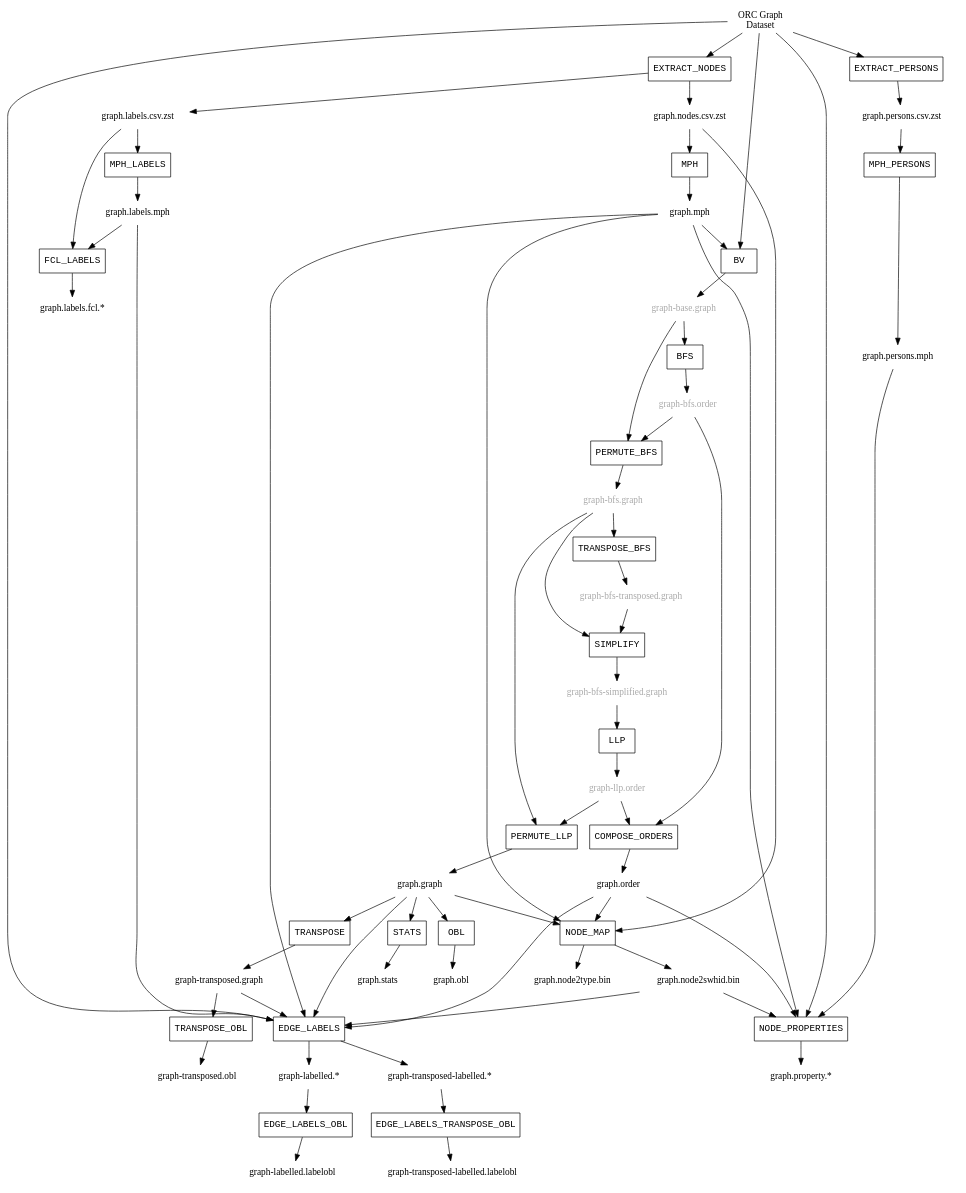
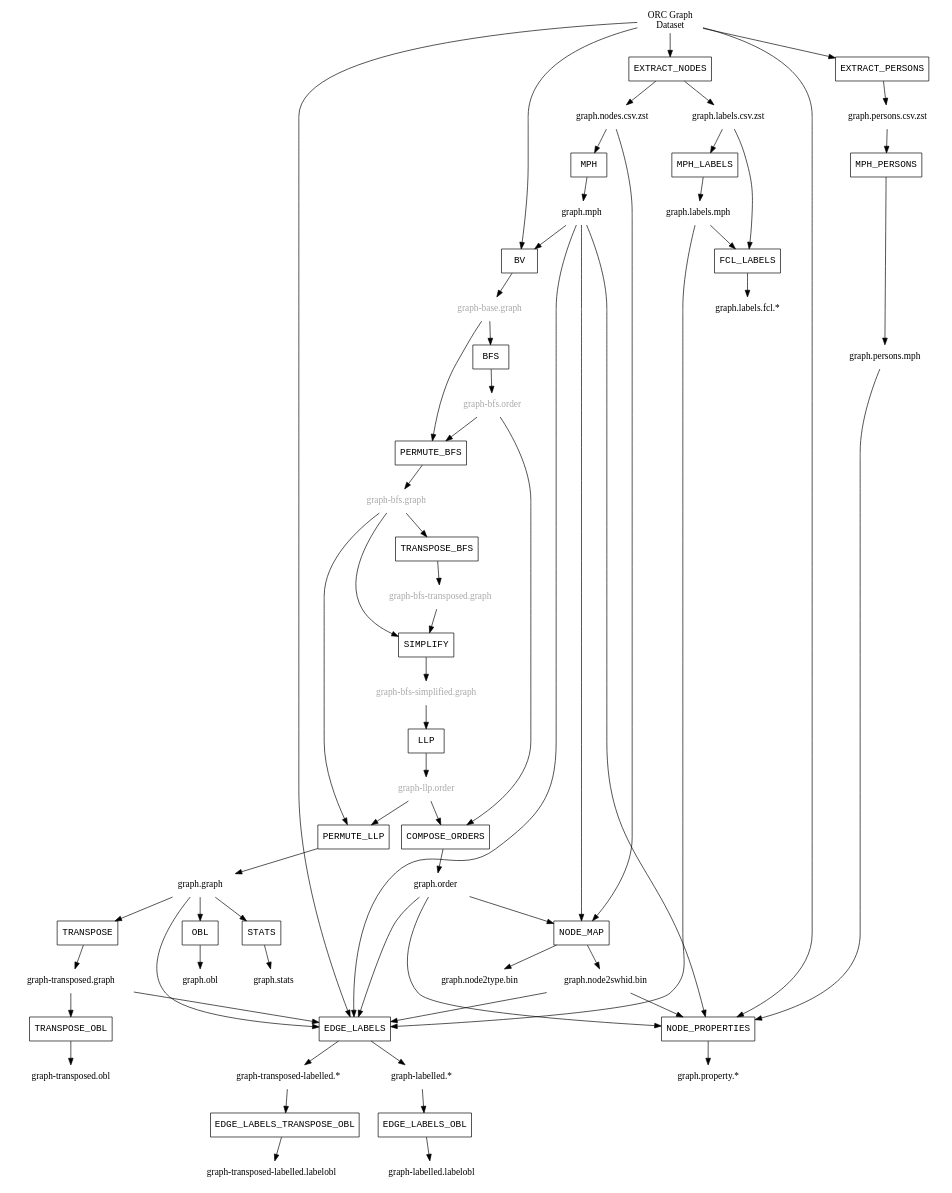
The diagram in docs/images/compression_steps.dot (SoftwareHeritage/swh-graph), drawn with Graphviz before and after one commit. The commit also changed 1 other file, not shown here.

Commit message:
luigi, docs: MAPS step does not depend on LLP

```diff
--- a/docs/images/compression_steps.dot
+++ b/docs/images/compression_steps.dot
@@ -1,114 +1,113 @@
 digraph "Compression steps" {
     node [shape = none];
 
     orc_dataset [label="ORC Graph\nDataset"];
     nodes_csv [label="graph.nodes.csv.zst"];
     labels_csv [label="graph.labels.csv.zst"];
     graph_mph [label="graph.mph"];
 
     subgraph {
         node [fontcolor=darkgray];
         graph_base [label="graph-base.graph"]
         graph_bfs_order [label="graph-bfs.order"]
         graph_bfs [label="graph-bfs.graph"]
         graph_bfs_transposed [label="graph-bfs-transposed.graph"]
         graph_bfs_simplified [label="graph-bfs-simplified.graph"]
         graph_llp_order [label="graph-llp.order"]
     }
 
     graph_llp [label="graph.graph"]
     graph_llp_transposed [label="graph-transposed.graph"]
     graph_order [label="graph.order"]
     graph_obl [label="graph.obl"]
     graph_transposed_obl [label="graph-transposed.obl"]
     stats [label="graph.stats"]
     swhidmap [label="graph.node2swhid.bin"]
     typemap [label="graph.node2type.bin"]
     persons_csv [label="graph.persons.csv.zst"];
     persons_mph [label="graph.persons.mph"];
     node_properties [label="graph.property.*"];
     labels_mph [label="graph.labels.mph"];
     labels_fcl [label="graph.labels.fcl.*"];
     graph_labelled [label="graph-labelled.*"];
     graph_transposed_labelled [label="graph-transposed-labelled.*"];
     graph_labelled_obl [label="graph-labelled.labelobl"];
     graph_transposed_labelled_obl [label="graph-transposed-labelled.labelobl"];
 
     subgraph {
         node [shape=box, fontname="Courier New"];
         EXTRACT_NODES;
         MPH;
         BV;
         BFS;
         PERMUTE_BFS;
         TRANSPOSE_BFS;
         SIMPLIFY;
         LLP;
         PERMUTE_LLP;
         COMPOSE_ORDERS;
         STATS;
         TRANSPOSE;
         OBL;
         TRANSPOSE_OBL;
         NODE_MAP;
         EXTRACT_PERSONS;
         MPH_PERSONS;
         NODE_PROPERTIES;
         MPH_LABELS;
         FCL_LABELS;
         EDGE_LABELS;
         EDGE_LABELS_OBL;
         EDGE_LABELS_TRANSPOSE_OBL;
     }
 
 
     orc_dataset -> EXTRACT_NODES;
     EXTRACT_NODES -> nodes_csv;
     EXTRACT_NODES -> labels_csv;
     nodes_csv -> MPH -> graph_mph;
     graph_mph -> BV;
     orc_dataset -> BV -> graph_base;
     graph_base -> BFS -> graph_bfs_order;
     graph_bfs_order -> PERMUTE_BFS;
     graph_base -> PERMUTE_BFS -> graph_bfs;
     graph_bfs -> TRANSPOSE_BFS -> graph_bfs_transposed;
     graph_bfs_transposed -> SIMPLIFY;
     graph_bfs -> SIMPLIFY -> graph_bfs_simplified;
     graph_bfs_simplified -> LLP -> graph_llp_order;
     graph_llp_order -> PERMUTE_LLP;
     graph_bfs -> PERMUTE_LLP -> graph_llp;
     graph_bfs_order -> COMPOSE_ORDERS;
     graph_llp_order -> COMPOSE_ORDERS -> graph_order;
     graph_llp -> TRANSPOSE -> graph_llp_transposed;
     graph_llp -> OBL -> graph_obl;
     graph_llp_transposed -> TRANSPOSE_OBL -> graph_transposed_obl;
     graph_llp -> STATS -> stats;
-    graph_llp -> NODE_MAP;
     nodes_csv -> NODE_MAP;
     graph_mph -> NODE_MAP;
     graph_order -> NODE_MAP;
     NODE_MAP -> swhidmap;
     NODE_MAP -> typemap;
     orc_dataset -> EXTRACT_PERSONS -> persons_csv;
     persons_csv -> MPH_PERSONS -> persons_mph;
     orc_dataset -> NODE_PROPERTIES;
     persons_mph -> NODE_PROPERTIES;
     graph_mph -> NODE_PROPERTIES;
     graph_order -> NODE_PROPERTIES;
     swhidmap -> NODE_PROPERTIES;
     NODE_PROPERTIES -> node_properties;
     labels_csv -> MPH_LABELS -> labels_mph;
     labels_mph -> FCL_LABELS;
     labels_csv -> FCL_LABELS -> labels_fcl;
     orc_dataset -> EDGE_LABELS;
     labels_mph -> EDGE_LABELS;
     graph_llp -> EDGE_LABELS;
     graph_llp_transposed -> EDGE_LABELS;
     graph_mph -> EDGE_LABELS;
     graph_order -> EDGE_LABELS;
     swhidmap -> EDGE_LABELS;
     EDGE_LABELS -> graph_labelled;
     EDGE_LABELS -> graph_transposed_labelled;
     graph_labelled -> EDGE_LABELS_OBL -> graph_labelled_obl;
     graph_transposed_labelled -> EDGE_LABELS_TRANSPOSE_OBL -> graph_transposed_labelled_obl;
 }
```
